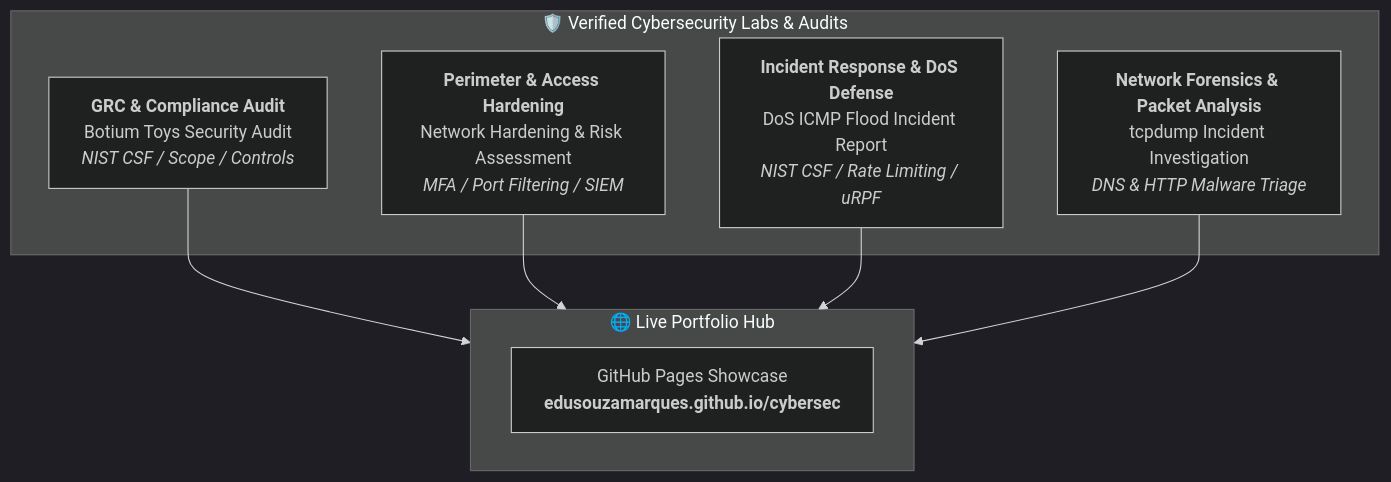
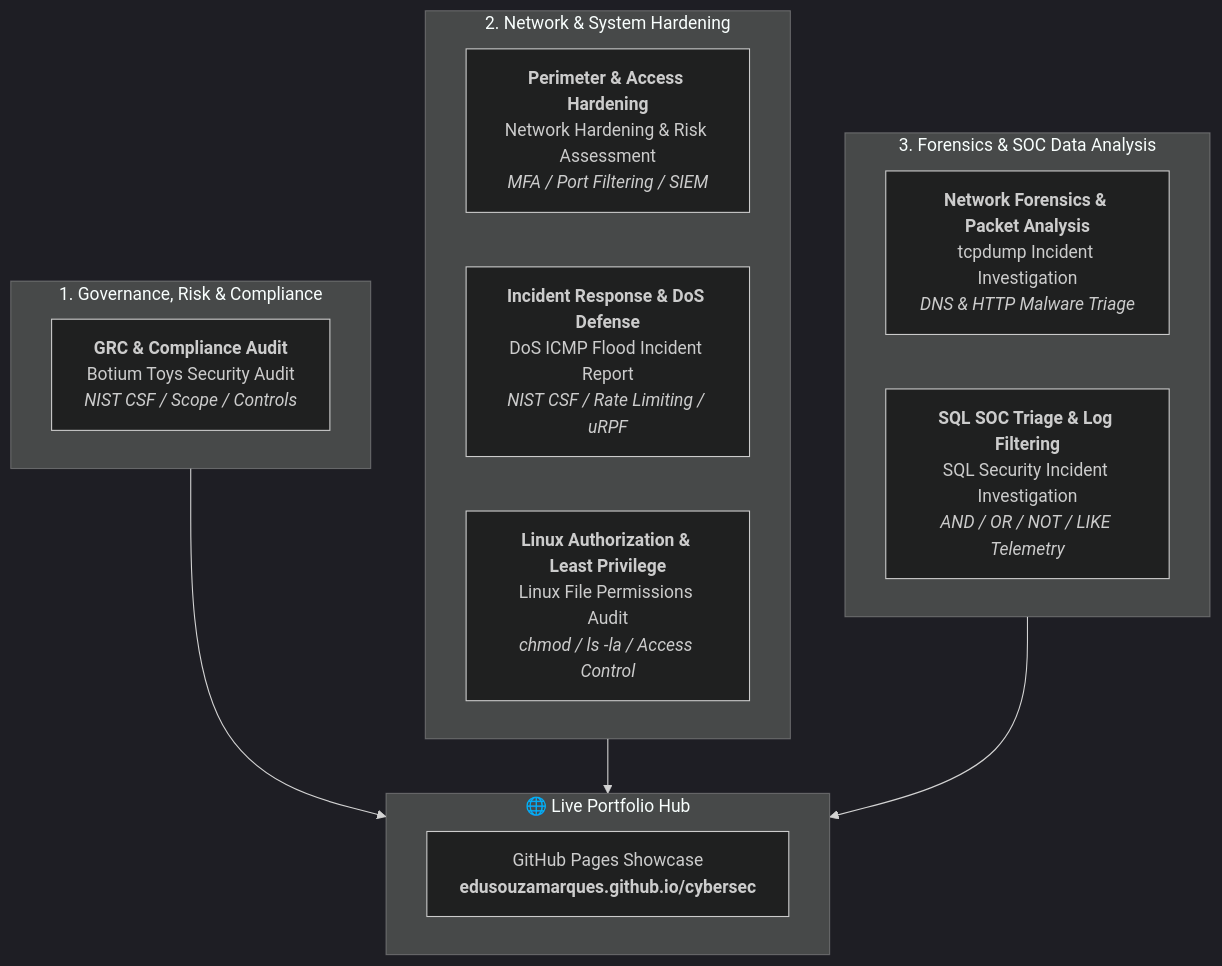
Before and after one commit to edusouzamarques/edusouzamarques: the diagram in README.md, drawn with Mermaid (dark theme). The commit also changed other lines of this file, not shown here.

Commit message:
feat: add Linux permissions audit and SQL incident investigation labs to hands-on portfolio showcase

````diff
--- a/README.md
+++ b/README.md
@@ -12,18 +12,25 @@
 ```mermaid
 flowchart TD
-    subgraph Labs["🛡️ Verified Cybersecurity Labs & Audits"]
+    subgraph GRC["1. Governance, Risk & Compliance"]
         L1["<b>GRC & Compliance Audit</b><br/>Botium Toys Security Audit<br/><i>NIST CSF / Scope / Controls</i>"]
+    end
+
+    subgraph Defense["2. Network & System Hardening"]
         L2["<b>Perimeter & Access Hardening</b><br/>Network Hardening & Risk Assessment<br/><i>MFA / Port Filtering / SIEM</i>"]
         L3["<b>Incident Response & DoS Defense</b><br/>DoS ICMP Flood Incident Report<br/><i>NIST CSF / Rate Limiting / uRPF</i>"]
-        L4["<b>Network Forensics & Packet Analysis</b><br/>tcpdump Incident Investigation<br/><i>DNS & HTTP Malware Triage</i>"]
+        L4["<b>Linux Authorization & Least Privilege</b><br/>Linux File Permissions Audit<br/><i>chmod / ls -la / Access Control</i>"]
+    end
+
+    subgraph Forensics["3. Forensics & SOC Data Analysis"]
+        L5["<b>Network Forensics & Packet Analysis</b><br/>tcpdump Incident Investigation<br/><i>DNS & HTTP Malware Triage</i>"]
+        L6["<b>SQL SOC Triage & Log Filtering</b><br/>SQL Security Incident Investigation<br/><i>AND / OR / NOT / LIKE Telemetry</i>"]
     end
 
     subgraph Hub["🌐 Live Portfolio Hub"]
         Web["GitHub Pages Showcase<br/><b>edusouzamarques.github.io/cybersec</b>"]
     end
 
-    L1 --> Hub
-    L2 --> Hub
-    L3 --> Hub
-    L4 --> Hub
+    GRC --> Hub
+    Defense --> Hub
+    Forensics --> Hub
 ```
````
